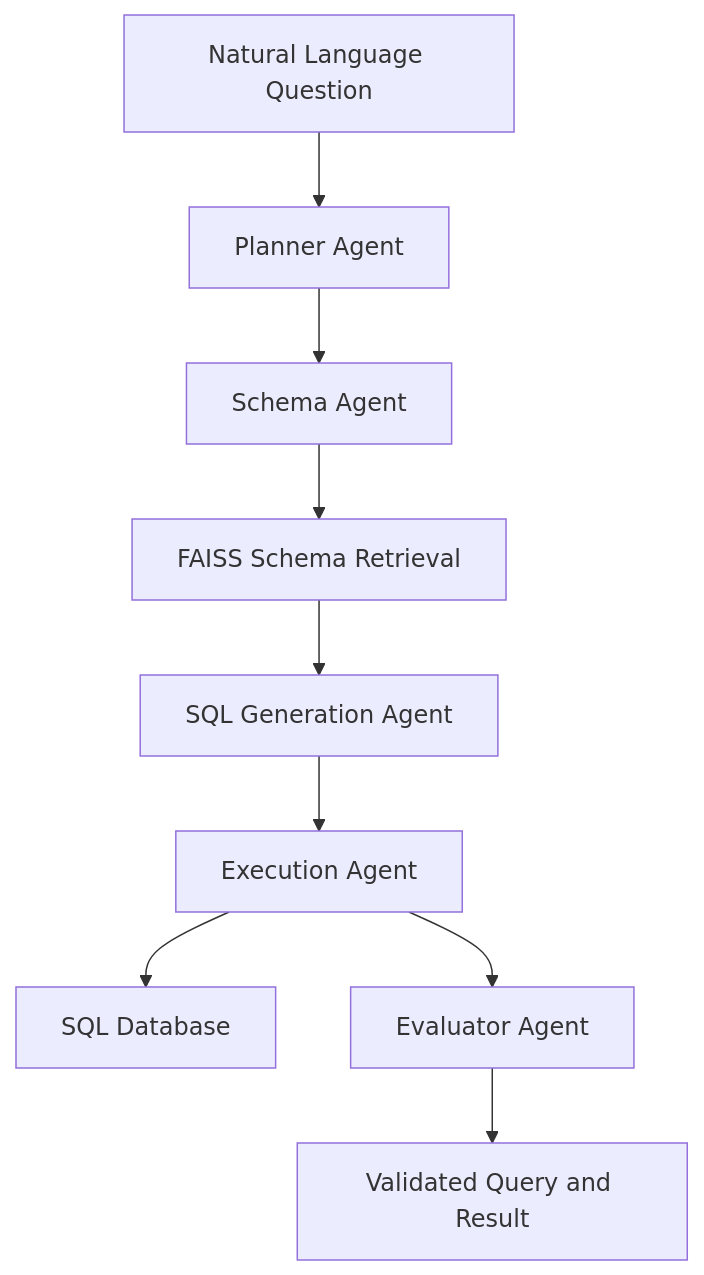
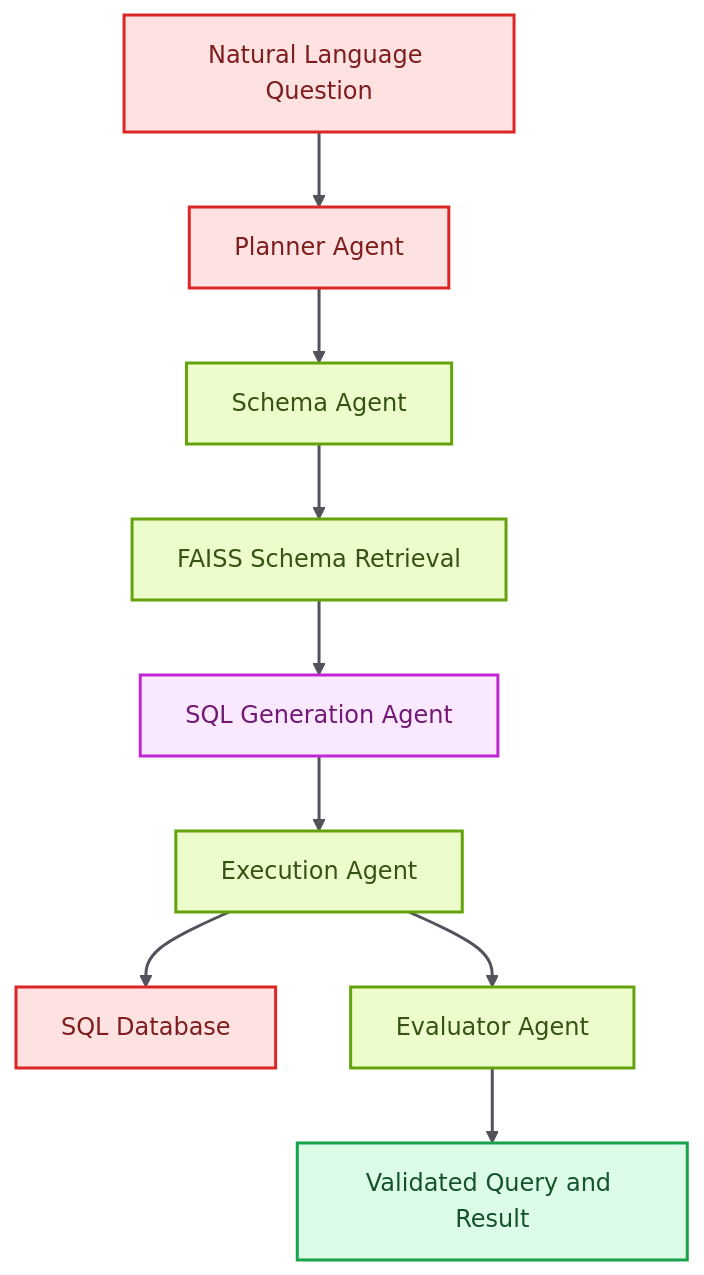
The diagram in README.md (skx56/Intelligent-SQL-Query-Agent), drawn with Mermaid before and after one commit.

Commit message:
Colorize README architecture diagram

````diff
--- a/README.md
+++ b/README.md
@@ -31,11 +31,22 @@
 ```mermaid
 flowchart TD
   Question["Natural Language Question"] --> Planner["Planner Agent"]
   Planner --> Schema["Schema Agent"]
   Schema --> RAG["FAISS Schema Retrieval"]
   RAG --> SQLAgent["SQL Generation Agent"]
   SQLAgent --> Executor["Execution Agent"]
   Executor --> Database["SQL Database"]
   Executor --> Evaluator["Evaluator Agent"]
   Evaluator --> Answer["Validated Query and Result"]
+
+  classDef inputs fill:#FEE2E2,stroke:#DC2626,color:#7F1D1D,stroke-width:2px;
+  classDef process fill:#ECFCCB,stroke:#65A30D,color:#365314,stroke-width:2px;
+  classDef data fill:#DBEAFE,stroke:#2563EB,color:#1E3A8A,stroke-width:2px;
+  classDef agent fill:#FAE8FF,stroke:#C026D3,color:#701A75,stroke-width:2px;
+  classDef output fill:#DCFCE7,stroke:#16A34A,color:#14532D,stroke-width:2px;
+  class Question,Planner,Database inputs;
+  class Schema,RAG,Executor,Evaluator process;
+  class SQLAgent agent;
+  class Answer output;
+  linkStyle default stroke:#52525B,stroke-width:2px;
 ```
````
